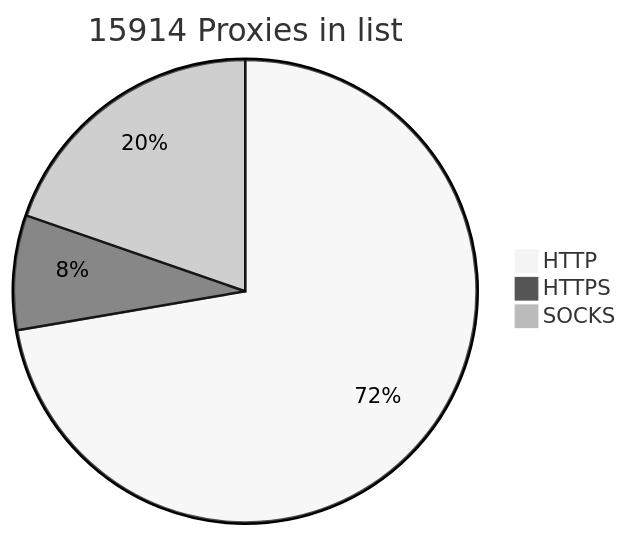
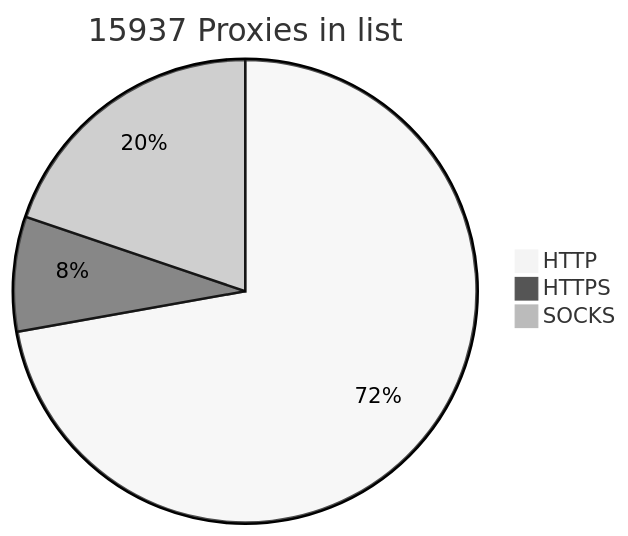
Before and after one commit to BlackSnowDot/proxylist-update-every-minute: the diagram in README.md, drawn with Mermaid (neutral theme). The commit also changed other lines of this file, not shown here.

````diff
--- a/README.md
+++ b/README.md
@@ -2,6 +2,6 @@
 ```mermaid
-pie title 15914 Proxies in list
+pie title 15937 Proxies in list
     "HTTP" : 11711
-    "HTTPS": 1297
-    "SOCKS" : 3190
+    "HTTPS": 1298
+    "SOCKS" : 3212
 ```
````
